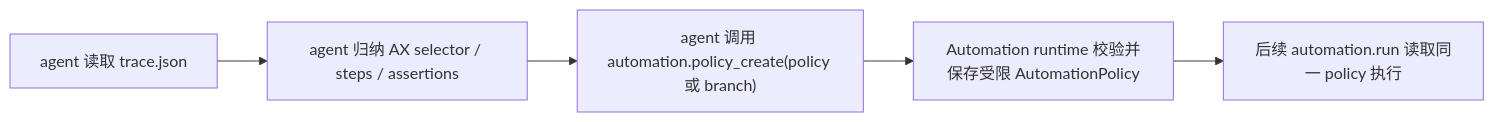
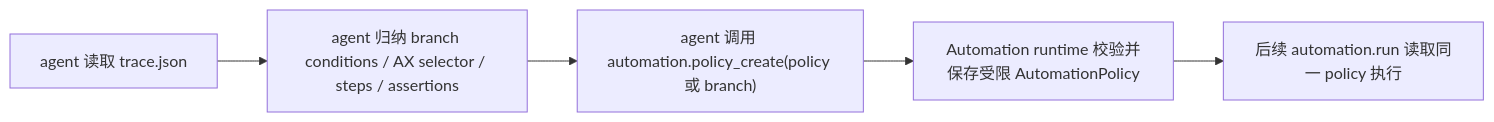
One commit to Lixuhang987/Wisp-Pocket changed the third of 5 diagrams in docs/medium-powers/plans/2026-06-25-self-evolving-automation.md. Above: the diagram before and after it, drawn with Mermaid. The commit also changed other lines of this file and 4 other files, not shown here.

````diff
--- a/docs/medium-powers/plans/2026-06-25-self-evolving-automation.md
+++ b/docs/medium-powers/plans/2026-06-25-self-evolving-automation.md
@@ -136,7 +136,7 @@
 ```mermaid
 flowchart LR
-    A["agent 读取 trace.json"] --> B["agent 归纳 AX selector / steps / assertions"]
+    A["agent 读取 trace.json"] --> B["agent 归纳 branch conditions / AX selector / steps / assertions"]
     B --> C["agent 调用 automation.policy_create(policy 或 branch)"]
     C --> D["Automation runtime 校验并保存受限 AutomationPolicy"]
     D --> E["后续 automation.run 读取同一 policy 执行"]
 ```
````
